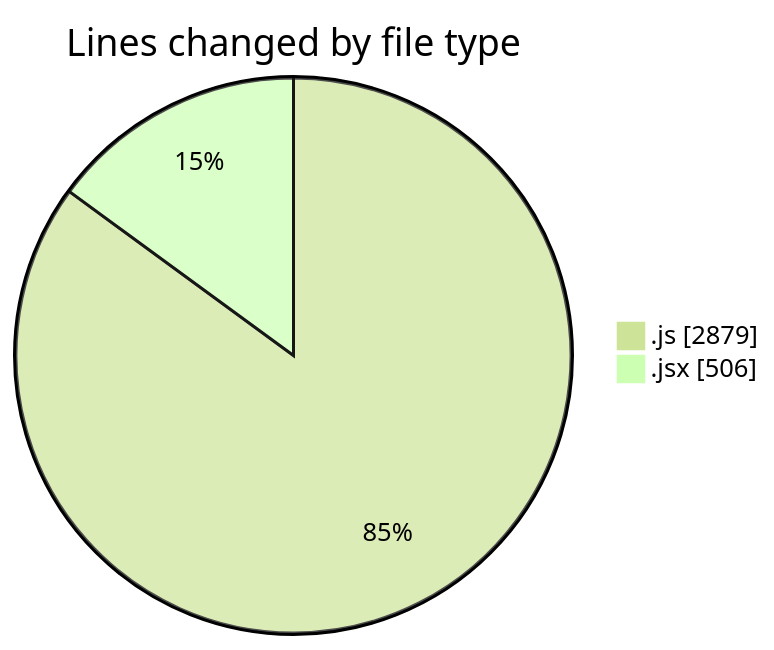
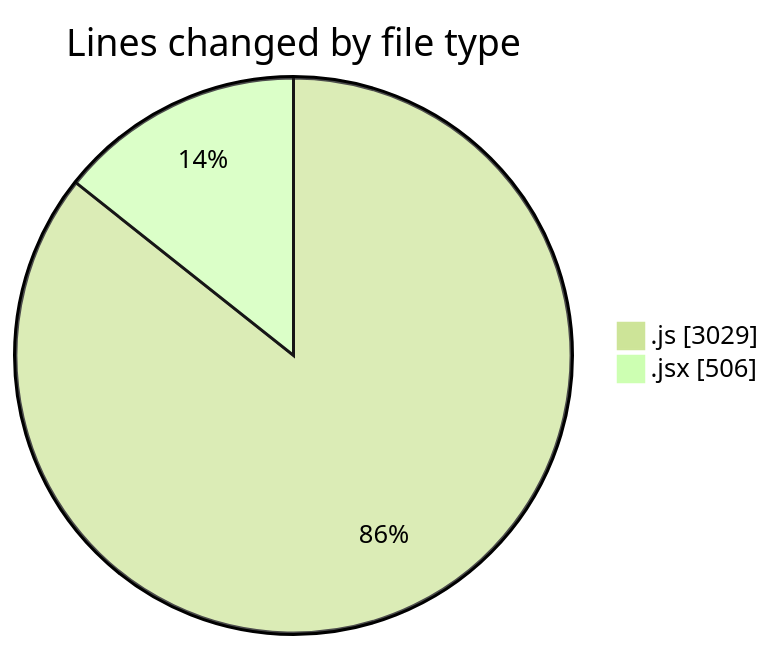
The first of 2 diagrams in 2025-07-27/nxtqube_webapp/README.md (nxtqubesakshisongat/code-tracking), drawn with Mermaid (forest theme) before and after one commit. The commit also changed other lines of this file and 1 other file, not shown here.

````diff
--- a/2025-07-27/nxtqube_webapp/README.md
+++ b/2025-07-27/nxtqube_webapp/README.md
@@ -27,6 +27,6 @@
 ```mermaid
 pie showData
 title Lines changed by file type
-".js" : 2879
+".js" : 3029
 ".jsx" : 506
 ```
````
